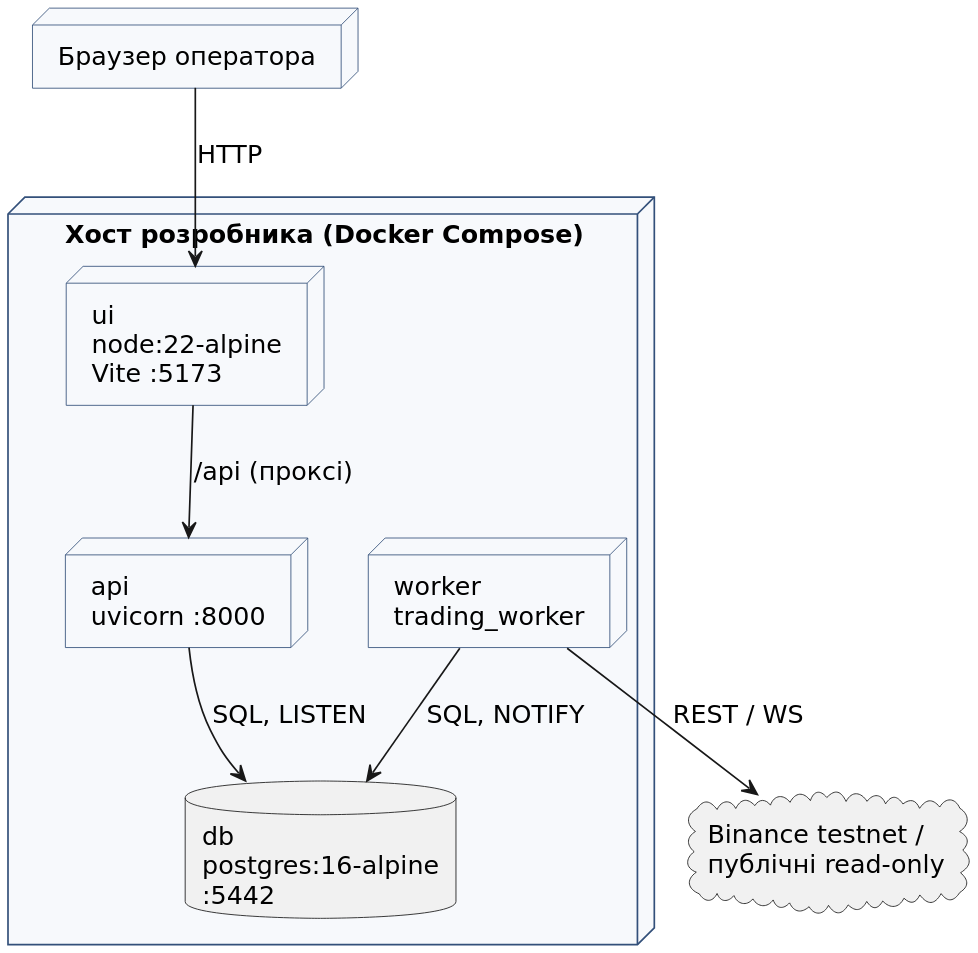
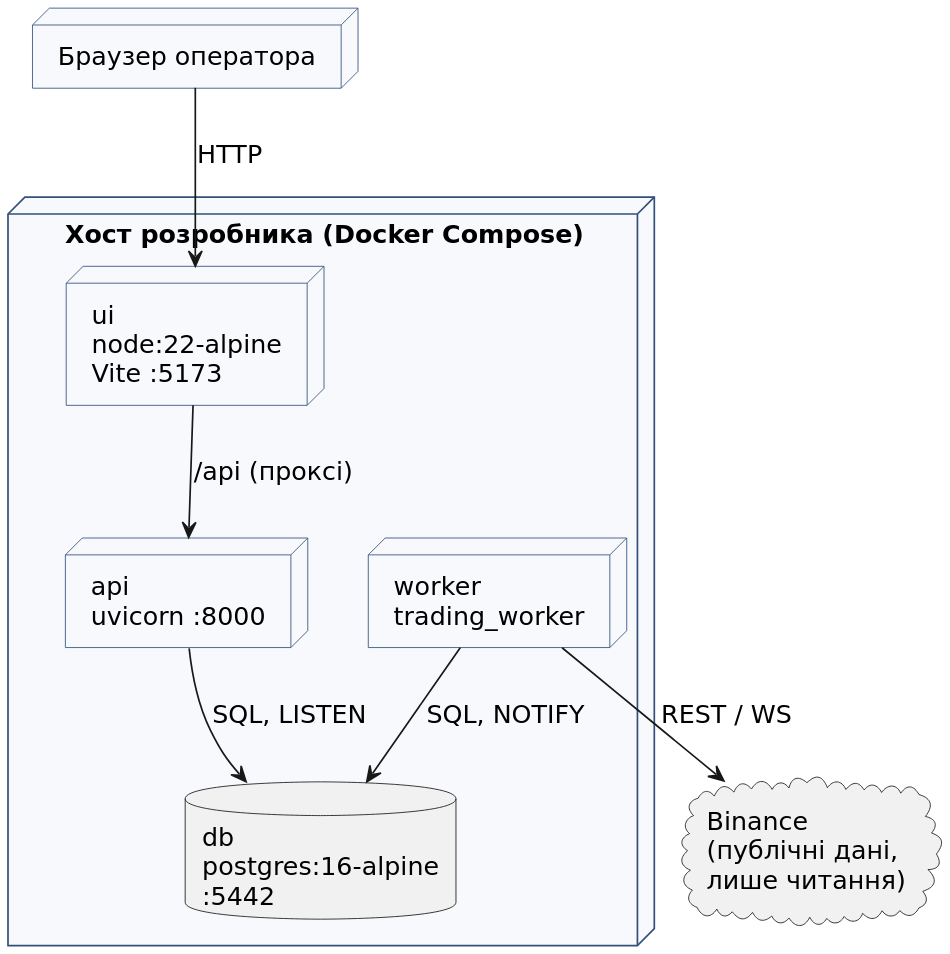
Before and after one commit to AndrZhuk/FuzzHelm: the diagram in docs/diagrams/print/deployment.puml, drawn with PlantUML. The commit also changed 11 other files, not shown here.

Commit message:
Diagrams: plan and components follow the simplified scope

```diff
--- a/docs/diagrams/print/deployment.puml
+++ b/docs/diagrams/print/deployment.puml
@@ -1,25 +1,25 @@
 @startuml
 ' Діаграма розгортання (друкарська версія): чотири сервіси docker-compose.yml.
 ' Автор: Андрій Жук, 2026.
 skinparam dpi 200
 skinparam defaultFontName "DejaVu Sans"
 skinparam defaultFontSize 15
 skinparam node {
   BackgroundColor #F7F9FC
   BorderColor #33507A
 }
 top to bottom direction
 node "Браузер оператора" as BR
 node "Хост розробника (Docker Compose)" {
   node "ui\nnode:22-alpine\nVite :5173" as UI
   node "api\nuvicorn :8000" as API
   node "worker\ntrading_worker" as WK
   database "db\npostgres:16-alpine\n:5442" as DB
 }
-cloud "Binance testnet /\nпублічні read-only" as EX
+cloud "Binance\n(публічні дані,\nлише читання)" as EX
 BR --> UI : HTTP
 UI --> API : /api (проксі)
 API --> DB : SQL, LISTEN
 WK --> DB : SQL, NOTIFY
 WK --> EX : REST / WS
 @enduml
```
